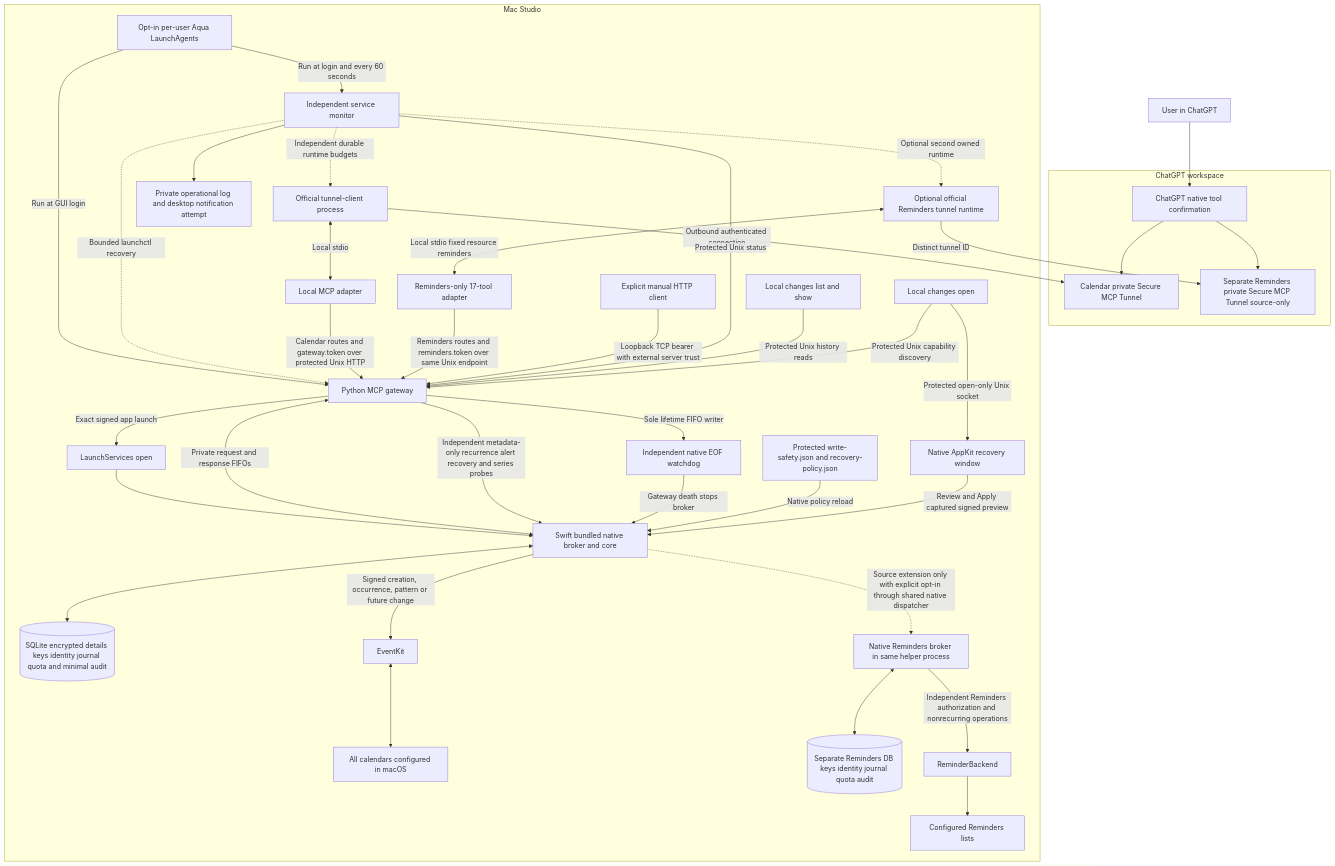
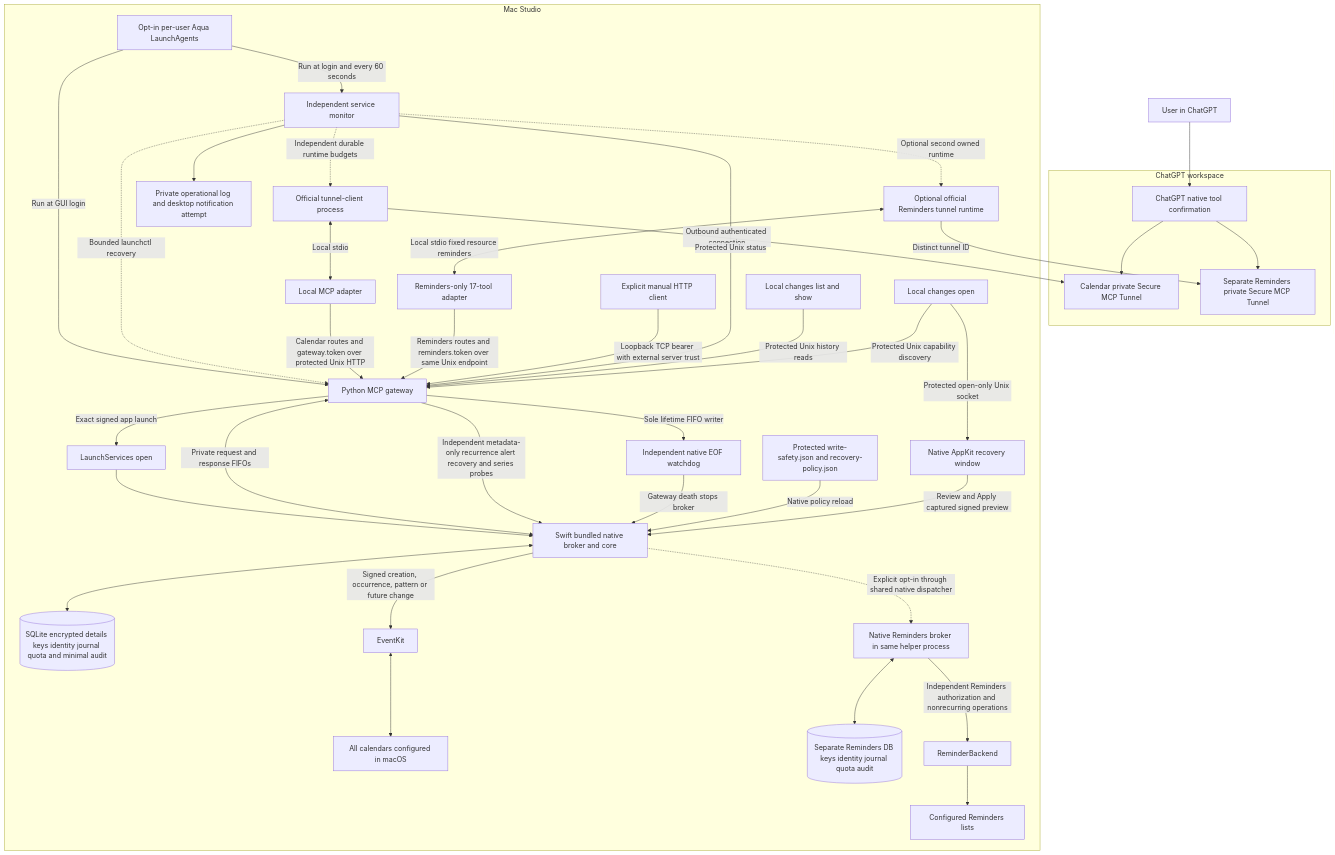
The first of 8 diagrams in docs/architecture.md (rmilkowski/icloud-calendar-mcp), drawn with Mermaid before and after one commit. The commit also changed other lines of this file and 3 other files, not shown here.

````diff
--- a/docs/architecture.md
+++ b/docs/architecture.md
@@ -27,42 +27,42 @@
 ```mermaid
 flowchart TB
     U[User in ChatGPT] --> C[ChatGPT native tool confirmation]
     subgraph Cloud[ChatGPT workspace]
         C --> T[Calendar private Secure MCP Tunnel]
-        C --> RT[Separate Reminders private Secure MCP Tunnel source-only]
+        C --> RT[Separate Reminders private Secure MCP Tunnel]
     end
     subgraph Mac[Mac Studio]
         LD[Opt-in per-user Aqua LaunchAgents] -->|Run at GUI login| G
         LD -->|Run at login and every 60 seconds| M[Independent service monitor]
         M -.->|Bounded launchctl recovery| G
         M -.->|Independent durable runtime budgets| TC
         M -.->|Optional second owned runtime| RTC
         M --> N[Private operational log and desktop notification attempt]
         TC[Official tunnel-client process] -->|Outbound authenticated connection| T
         TC <-->|Local stdio| A[Local MCP adapter]
         A -->|Calendar routes and gateway.token over protected Unix HTTP| G[Python MCP gateway]
         RTC[Optional official Reminders tunnel runtime] -->|Distinct tunnel ID| RT
         RTC <-->|Local stdio fixed resource reminders| RA[Reminders-only 17-tool adapter]
         RA -->|Reminders routes and reminders.token over same Unix endpoint| G
         MANUAL[Explicit manual HTTP client] -->|Loopback TCP bearer with external server trust| G
         M -->|Protected Unix status| G
         G -->|Exact signed app launch| L[LaunchServices open]
         L --> B[Swift bundled native broker and core]
         G <-->|Private request and response FIFOs| B
         G -->|Independent metadata-only recurrence alert recovery and series probes| B
         G -->|Sole lifetime FIFO writer| W[Independent native EOF watchdog]
         W -->|Gateway death stops broker| B
         P[Protected write-safety.json and recovery-policy.json] -->|Native policy reload| B
         CLI[Local changes list and show] -->|Protected Unix history reads| G
         OPEN -->|Protected Unix capability discovery| G
         OPEN[Local changes open] -->|Protected open-only Unix socket| UI[Native AppKit recovery window]
         UI -->|Review and Apply captured signed preview| B
         B <--> D[(SQLite encrypted details keys identity journal quota and minimal audit)]
         B -->|Signed creation, occurrence, pattern or future change| E[EventKit]
         E <--> K[All calendars configured in macOS]
-        B -.->|Source extension only with explicit opt-in through shared native dispatcher| R[Native Reminders broker in same helper process]
+        B -.->|Explicit opt-in through shared native dispatcher| R[Native Reminders broker in same helper process]
         R <--> RD[(Separate Reminders DB keys identity journal quota audit)]
         R -->|Independent Reminders authorization and nonrecurring operations| RE[ReminderBackend]
         RE --> RK[Configured Reminders lists]
     end
 ```
````
